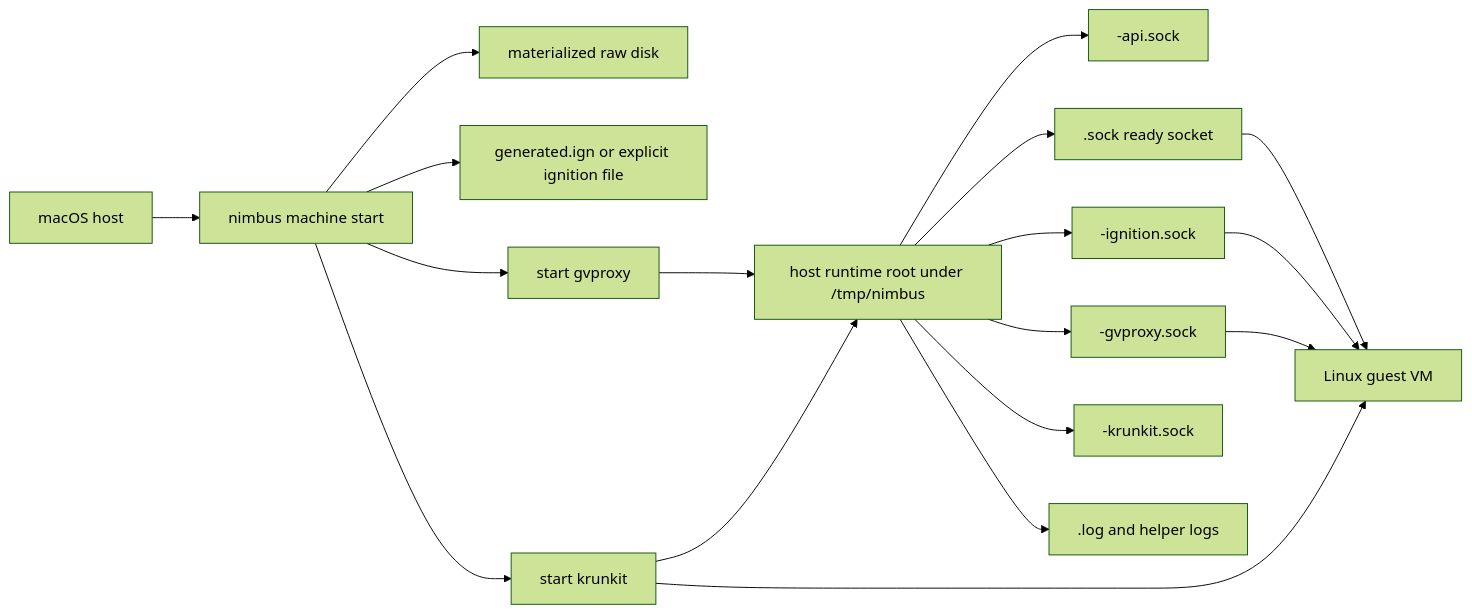
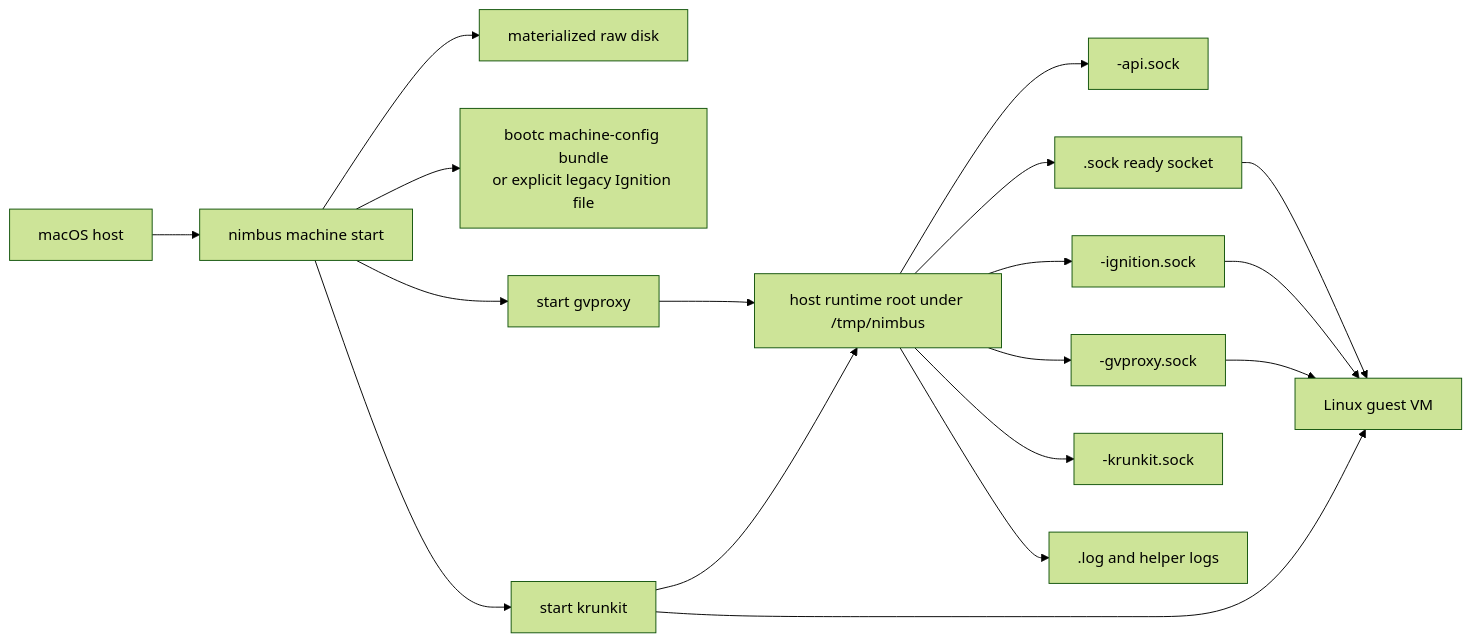
Before and after one commit to nimbus/nimbus: the fourth of 6 diagrams in docs/architecture/sandbox/macos-machine-flow.md, drawn with Mermaid (forest theme). The commit also changed other lines of this file and 15 other files, not shown here.

Commit message:
Promote bootc machine OS default

````diff
--- a/docs/architecture/sandbox/macos-machine-flow.md
+++ b/docs/architecture/sandbox/macos-machine-flow.md
@@ -288,22 +282,22 @@
 ```mermaid
 flowchart LR
     A["macOS host"] --> B["nimbus machine start"]
     B --> C["materialized raw disk"]
-    B --> D["generated.ign or explicit ignition file"]
+    B --> D["bootc machine-config bundle<br/>or explicit legacy Ignition file"]
     B --> E["start gvproxy"]
     B --> F["start krunkit"]
     E --> G["host runtime root under /tmp/nimbus"]
     F --> G
 
     G --> H["<machine>-api.sock"]
     G --> I["<machine>.sock ready socket"]
     G --> J["<machine>-ignition.sock"]
     G --> K["<machine>-gvproxy.sock"]
     G --> L["<machine>-krunkit.sock"]
     G --> M["<machine>.log and helper logs"]
 
     F --> N["Linux guest VM"]
     J --> N
     I --> N
     K --> N
 ```
````
